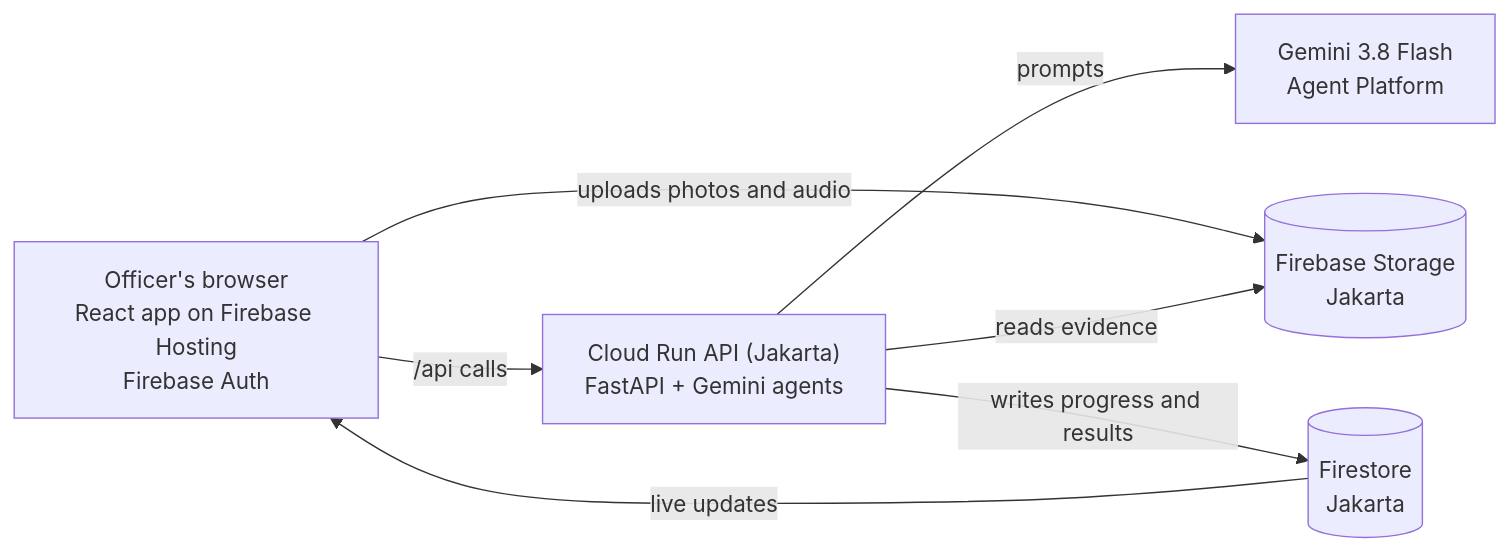
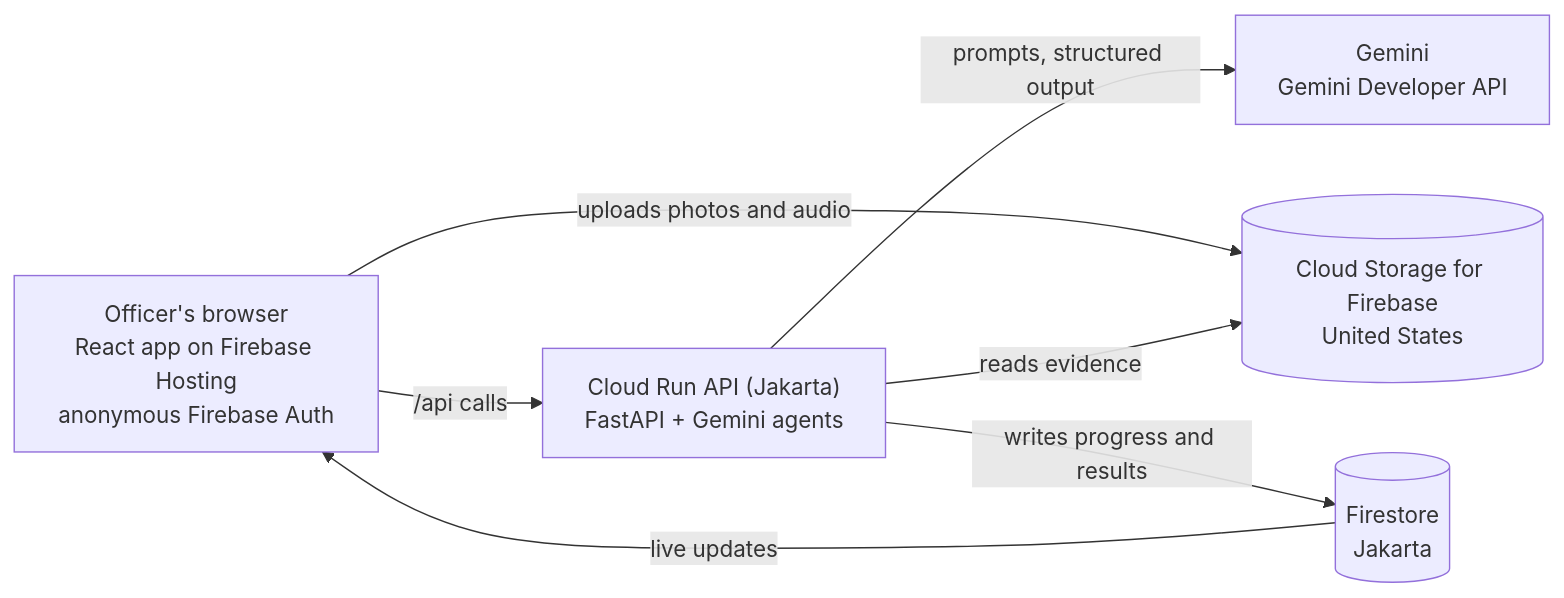
One commit to aeoncyr/ledgerlens changed the first of 2 diagrams in README.md. Above: the diagram before and after it, drawn with Mermaid. The commit also changed other lines of this file and 10 other files, not shown here.

````diff
--- a/README.md
+++ b/README.md
@@ -110,9 +140,9 @@
 ```mermaid
 flowchart LR
-    B["Officer's browser<br/>React app on Firebase Hosting<br/>Firebase Auth"] -- "/api calls" --> R["Cloud Run API (Jakarta)<br/>FastAPI + Gemini agents"]
-    R -- prompts --> G["Gemini 3.8 Flash<br/>Agent Platform"]
-    B -- "uploads photos and audio" --> S[("Firebase Storage<br/>Jakarta")]
+    B["Officer's browser<br/>React app on Firebase Hosting<br/>anonymous Firebase Auth"] -- "/api calls" --> R["Cloud Run API (Jakarta)<br/>FastAPI + Gemini agents"]
+    R -- "prompts, structured output" --> G["Gemini<br/>Gemini Developer API"]
+    B -- "uploads photos and audio" --> S[("Cloud Storage for Firebase<br/>United States")]
     R -- "reads evidence" --> S
     R -- "writes progress and results" --> F[("Firestore<br/>Jakarta")]
     F -- "live updates" --> B
 ```
````
